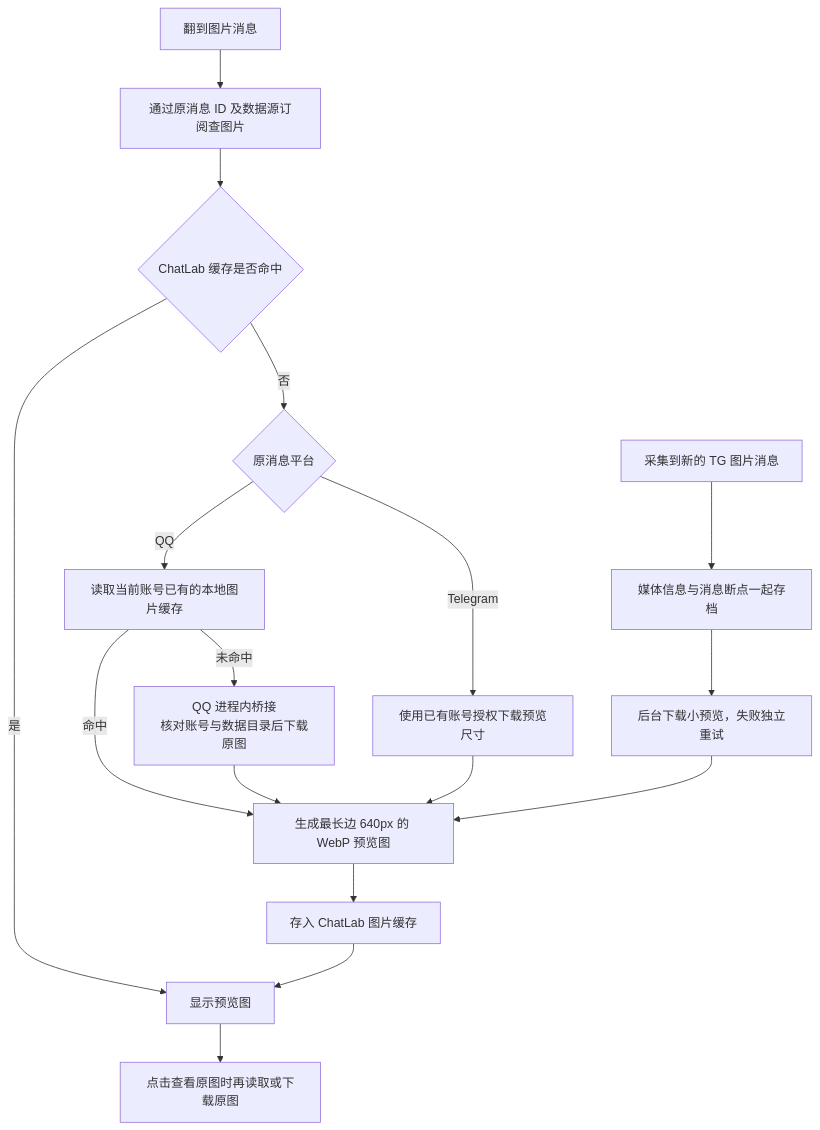
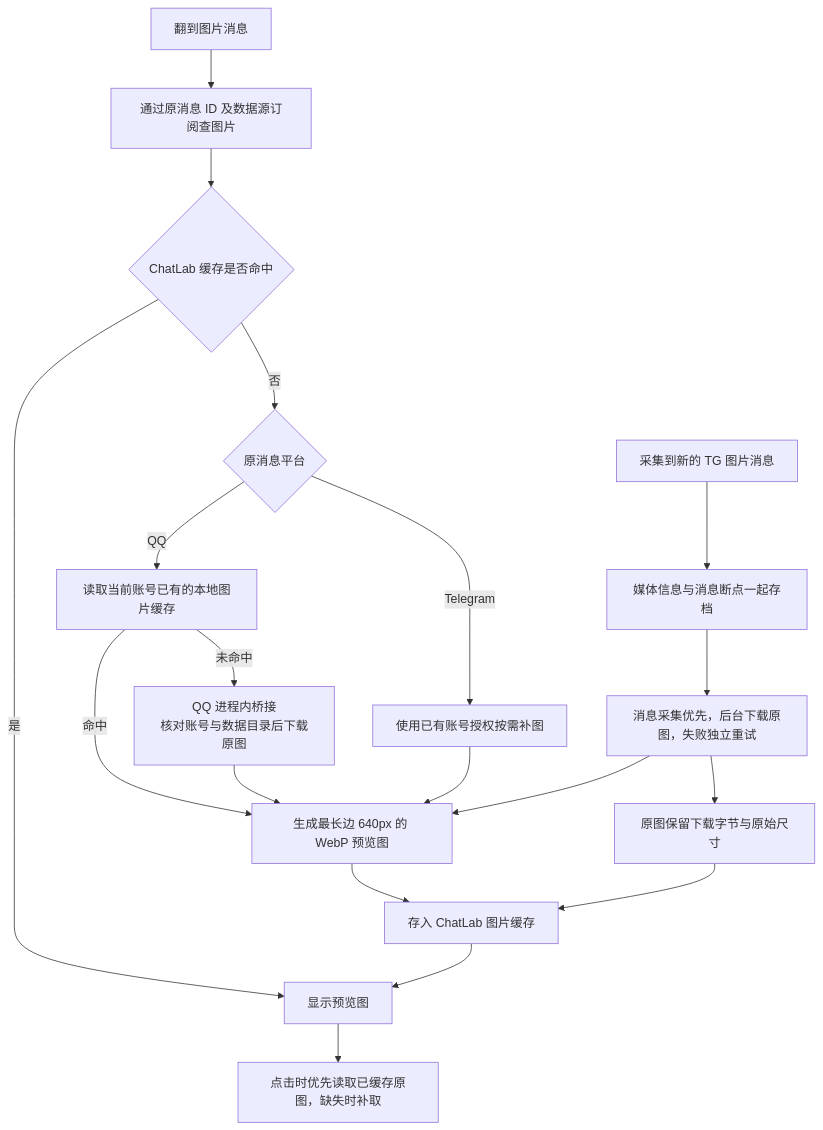
One commit to bufferducky/ChatLab changed the diagram in integrations/IMAGE_MEDIA.md. Above: the diagram before and after it, drawn with Mermaid. The commit also changed other lines of this file and 73 other files, not shown here.

````diff
--- a/integrations/IMAGE_MEDIA.md
+++ b/integrations/IMAGE_MEDIA.md
@@ -7,19 +7,21 @@
 ```mermaid
 flowchart TD
     U["翻到图片消息"] --> M["通过原消息 ID 及数据源订阅查图片"]
     M --> C{"ChatLab 缓存是否命中"}
     C -->|是| P["显示预览图"]
     C -->|否| S{"原消息平台"}
     S -->|QQ| Q["读取当前账号已有的本地图片缓存"]
     Q -->|命中| W["生成最长边 640px 的 WebP 预览图"]
     Q -->|未命中| B["QQ 进程内桥接<br/>核对账号与数据目录后下载原图"]
     B --> W
-    S -->|Telegram| T["使用已有账号授权下载预览尺寸"]
+    S -->|Telegram| T["使用已有账号授权按需补图"]
     T --> W
     W --> D["存入 ChatLab 图片缓存"]
     D --> P
-    P --> O["点击查看原图时再读取或下载原图"]
+    P --> O["点击时优先读取已缓存原图，缺失时补取"]
     N["采集到新的 TG 图片消息"] --> R["媒体信息与消息断点一起存档"]
-    R --> F["后台下载小预览，失败独立重试"]
+    R --> F["消息采集优先，后台下载原图，失败独立重试"]
     F --> W
+    F --> G["原图保留下载字节与原始尺寸"]
+    G --> D
 ```
````
